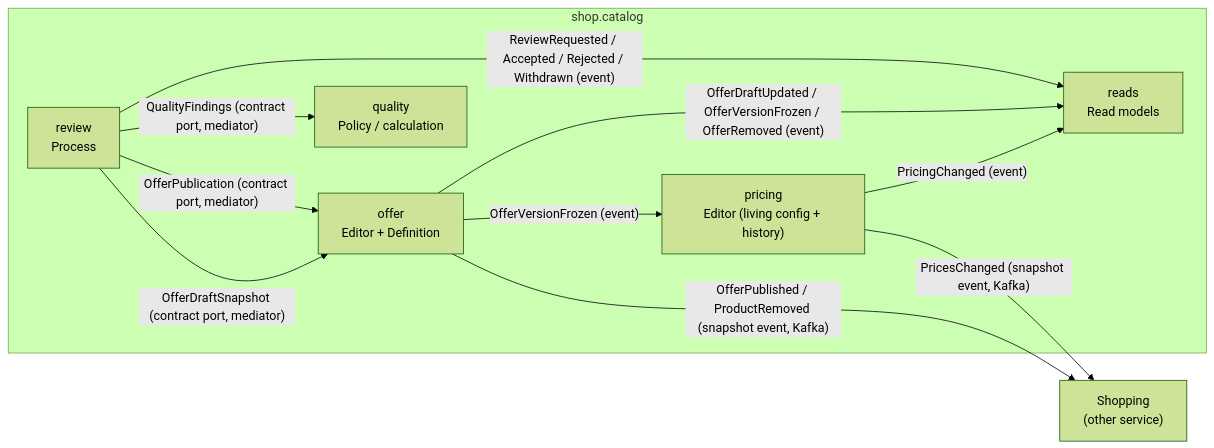
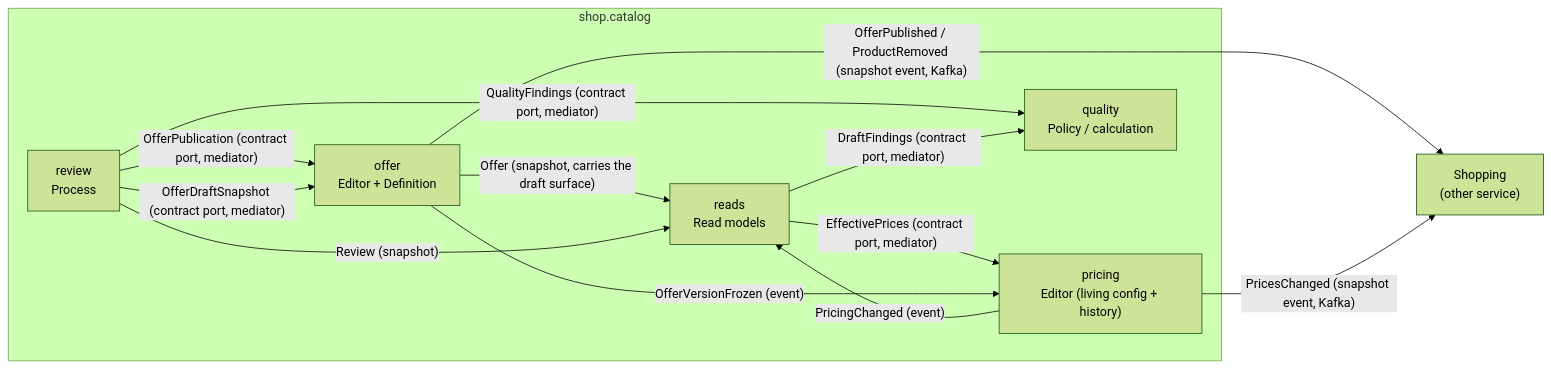
Before and after one commit to michal-michaluk/ecommerce-eval: the diagram in docs/specs/catalog/17-contexts-inside.md, drawn with Mermaid (forest theme). The commit also changed other lines of this file and 20 other files, not shown here.

First line of the commit message:
feat(catalog): offer, draft and version resources of 12

````diff
--- a/docs/specs/catalog/17-contexts-inside.md
+++ b/docs/specs/catalog/17-contexts-inside.md
@@ -10,21 +10,23 @@
 ```mermaid
 flowchart LR
   subgraph catalog["shop.catalog"]
     offer["offer<br/>Editor + Definition"]
     pricing["pricing<br/>Editor (living config + history)"]
     review["review<br/>Process"]
     quality["quality<br/>Policy / calculation"]
     reads["reads<br/>Read models"]
   end
   shopping["Shopping<br/>(other service)"]
 
-  offer -- "OfferDraftUpdated / OfferVersionFrozen / OfferRemoved (event)" --> reads
-  review -- "ReviewRequested / Accepted / Rejected / Withdrawn (event)" --> reads
+  offer -- "Offer (snapshot, carries the draft surface)" --> reads
+  review -- "Review (snapshot)" --> reads
   pricing -- "PricingChanged (event)" --> reads
   review -- "QualityFindings (contract port, mediator)" --> quality
+  reads -- "DraftFindings (contract port, mediator)" --> quality
+  reads -- "EffectivePrices (contract port, mediator)" --> pricing
   review -- "OfferPublication (contract port, mediator)" --> offer
   review -- "OfferDraftSnapshot (contract port, mediator)" --> offer
   offer -- "OfferVersionFrozen (event)" --> pricing
   offer -- "OfferPublished / ProductRemoved (snapshot event, Kafka)" --> shopping
   pricing -- "PricesChanged (snapshot event, Kafka)" --> shopping
 ```
````
